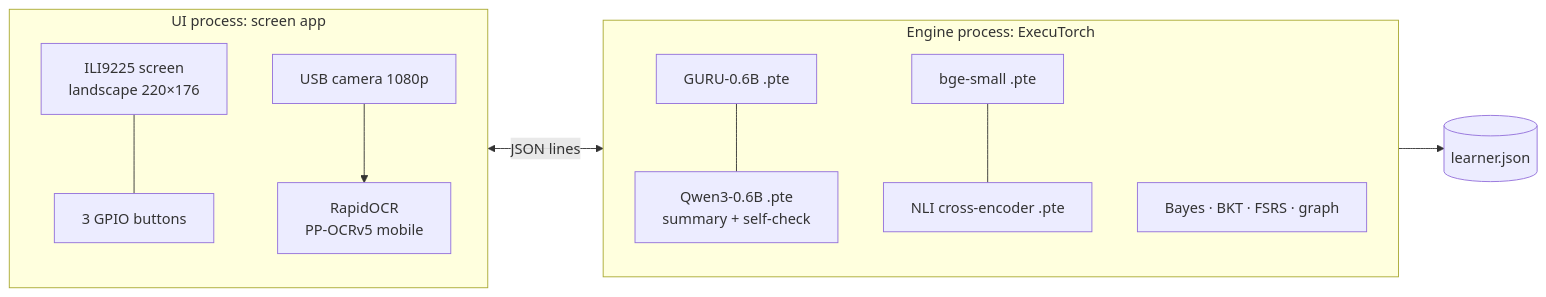
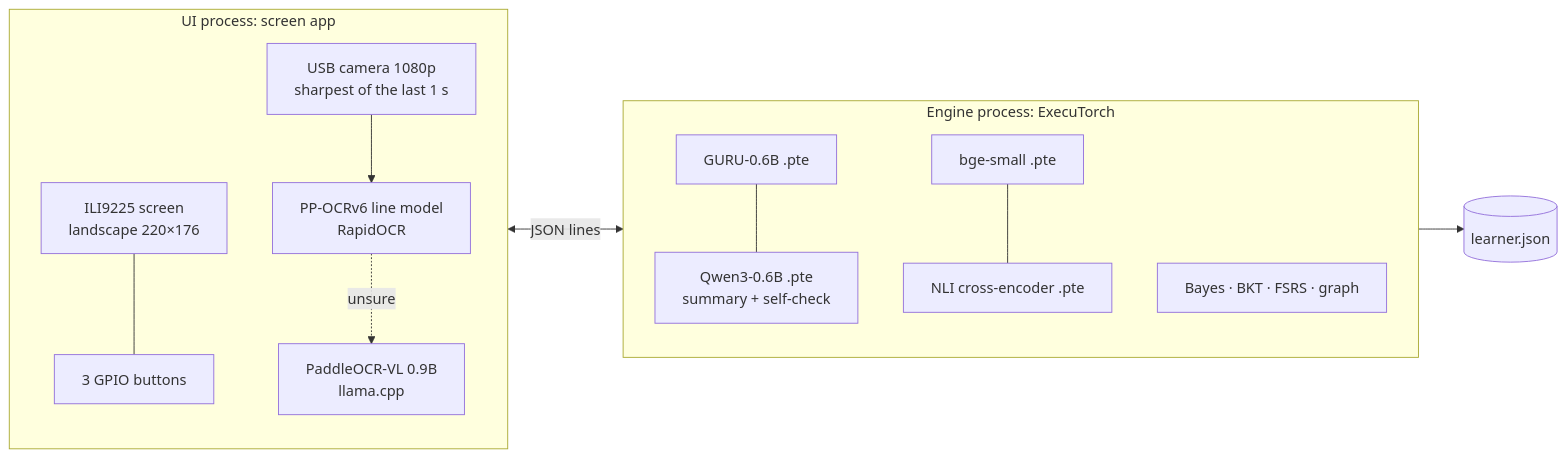
Before and after one commit to ArushJain-697/namma-ai: the third of 3 diagrams in README.md, drawn with Mermaid. The commit also changed other lines of this file and 14 other files, not shown here.

First line of the commit message:
Camera OCR: PP-OCRv6, sharpest frame, cleaner text; PaddleOCR-VL measured and kept off the Pi

````diff
--- a/README.md
+++ b/README.md
@@ -151,14 +151,15 @@
 ```mermaid
 flowchart LR
     subgraph UI [UI process: screen app]
         S[ILI9225 screen<br/>landscape 220×176] --- BT[3 GPIO buttons]
-        CAM[USB camera 1080p] --> OCR[RapidOCR<br/>PP-OCRv5 mobile]
+        CAM[USB camera 1080p<br/>sharpest of the last 1 s] --> OCR[PP-OCRv6 line model<br/>RapidOCR]
+        OCR -. unsure .-> VL[PaddleOCR-VL 0.9B<br/>llama.cpp]
     end
     subgraph EN [Engine process: ExecuTorch]
         G[GURU-0.6B .pte] --- Q3[Qwen3-0.6B .pte<br/>summary + self-check]
         EM[bge-small .pte] --- NLI[NLI cross-encoder .pte]
         R[Bayes · BKT · FSRS · graph]
     end
     UI <-->|JSON lines| EN
     EN --> ST[(learner.json)]
 ```
````
